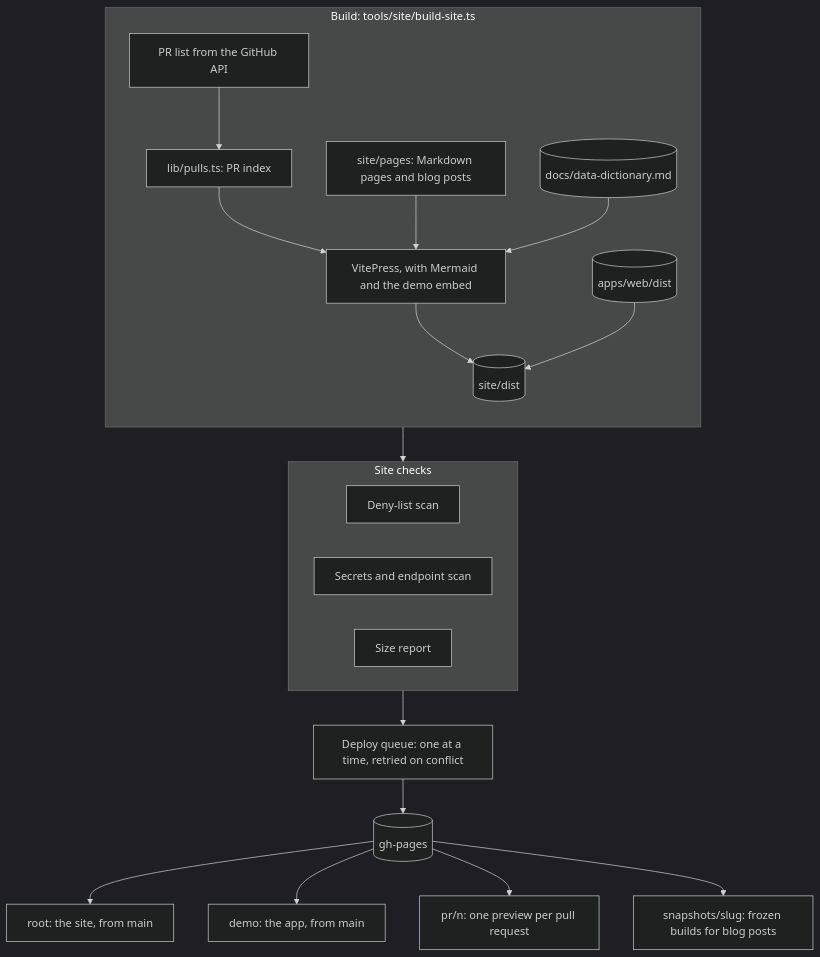
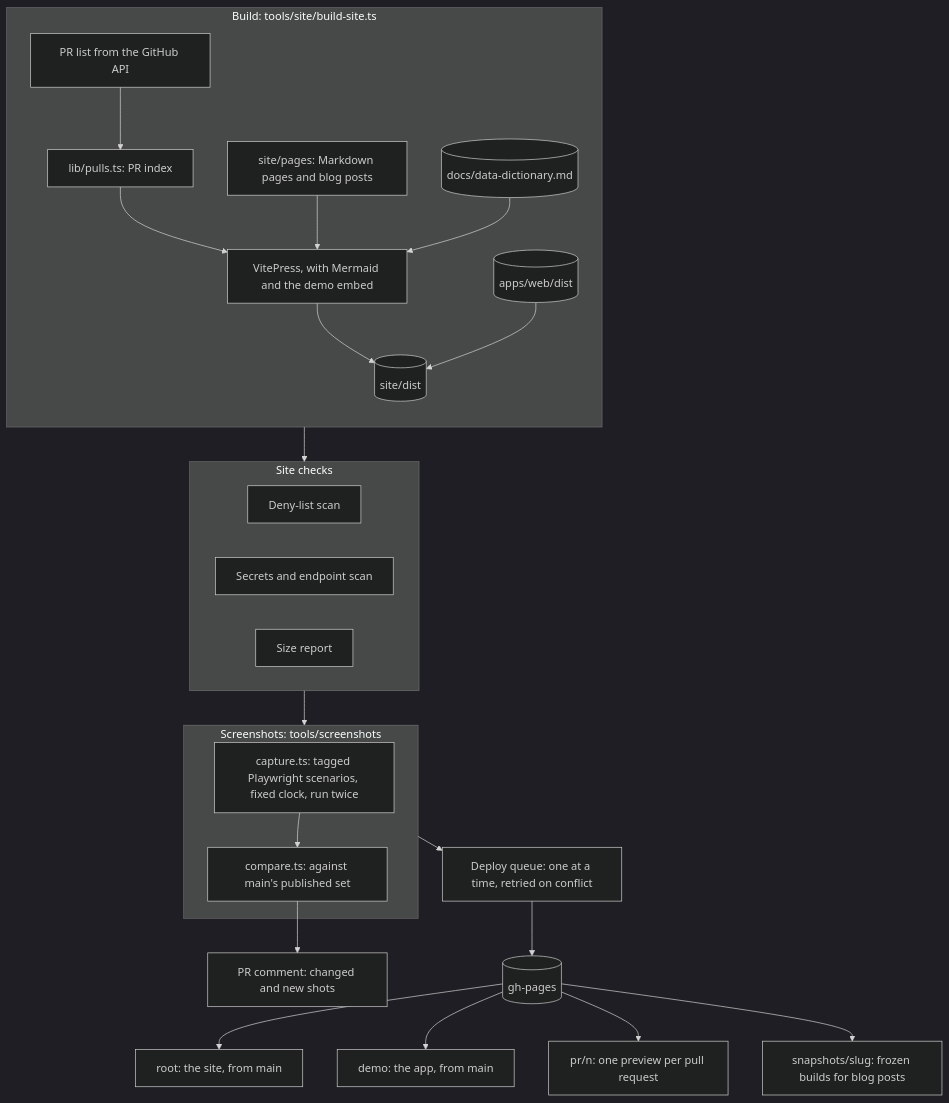
Before and after one commit to serge-web/war-rooms-x2: the fifth of 5 diagrams in site/pages/architecture.md, drawn with Mermaid (dark theme). The commit also changed other lines of this file and 20 other files, not shown here.

````diff
--- a/site/pages/architecture.md
+++ b/site/pages/architecture.md
@@ -97,29 +97,36 @@
 ```mermaid
 flowchart TB
     subgraph Build["Build: tools/site/build-site.ts"]
         direction TB
         pages["site/pages: Markdown pages and blog posts"]
         dict[("docs/data-dictionary.md")]
         pulls["PR list from the GitHub API"]
         index["lib/pulls.ts: PR index"]
         vp["VitePress, with Mermaid and the demo embed"]
         app[("apps/web/dist")]
         pulls --> index --> vp
         pages --> vp
         dict --> vp
         vp --> out[("site/dist")]
         app --> out
     end
     subgraph Checks["Site checks"]
         deny["Deny-list scan"]
         secrets["Secrets and endpoint scan"]
         sizeCheck["Size report"]
     end
+    subgraph Shots["Screenshots: tools/screenshots"]
+        capture["capture.ts: tagged Playwright scenarios, fixed clock, run twice"]
+        compareShots["compare.ts: against main's published set"]
+        capture --> compareShots
+    end
     out --> Checks
-    Checks --> Queue["Deploy queue: one at a time, retried on conflict"]
+    Checks --> Shots
+    compareShots --> comment["PR comment: changed and new shots"]
+    Shots --> Queue["Deploy queue: one at a time, retried on conflict"]
     Queue --> ghp[("gh-pages")]
     ghp --> root["root: the site, from main"]
     ghp --> demo["demo: the app, from main"]
     ghp --> pr["pr/n: one preview per pull request"]
     ghp --> snap["snapshots/slug: frozen builds for blog posts"]
 ```
````
